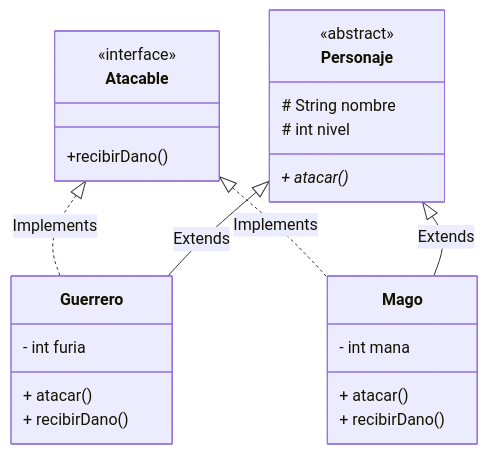
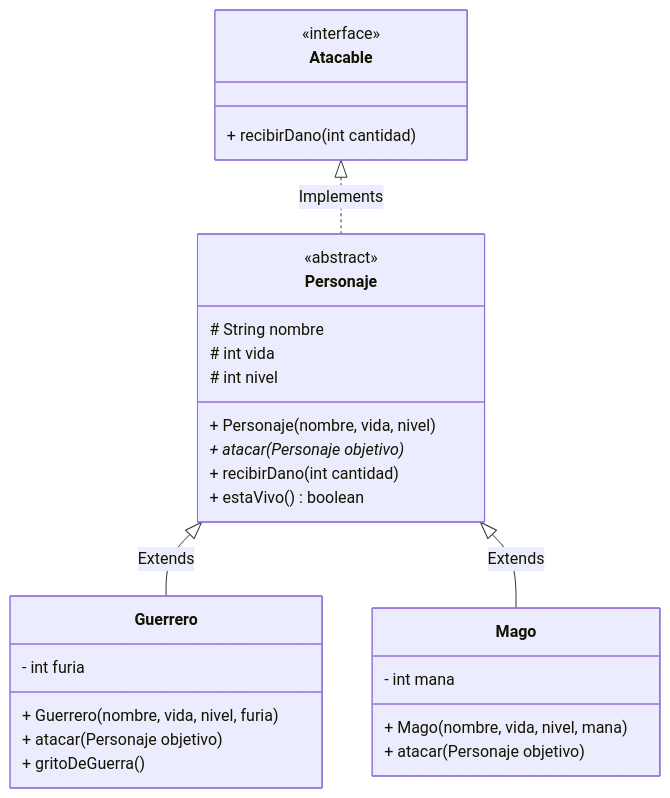
Before and after one commit to JMAbadLopez/programacion: the fifth of 5 diagrams in docs/unidades/ud06.md, drawn with Mermaid. The commit also changed other lines of this file and 28 other files, not shown here.

````diff
--- a/docs/unidades/ud06.md
+++ b/docs/unidades/ud06.md
@@ -520,31 +839,35 @@
 ```mermaid
 classDiagram
     class Atacable {
         <<interface>>
-        +recibirDano()
+        + recibirDano(int cantidad)
     }
 
     class Personaje {
         <<abstract>>
         # String nombre
+        # int vida
         # int nivel
-        + atacar()*
+        + Personaje(nombre, vida, nivel)
+        + atacar(Personaje objetivo)*
+        + recibirDano(int cantidad)
+        + estaVivo() boolean
     }
-    
+
     class Guerrero {
         - int furia
-        + atacar()
-        + recibirDano()
+        + Guerrero(nombre, vida, nivel, furia)
+        + atacar(Personaje objetivo)
+        + gritoDeGuerra()
     }
-    
+
     class Mago {
         - int mana
-        + atacar()
-        + recibirDano()
+        + Mago(nombre, vida, nivel, mana)
+        + atacar(Personaje objetivo)
     }
 
-    Atacable <|.. Guerrero : Implements
-    Atacable <|.. Mago : Implements
+    Atacable <|.. Personaje : Implements
     Personaje <|-- Guerrero : Extends
     Personaje <|-- Mago : Extends
 ```
````
